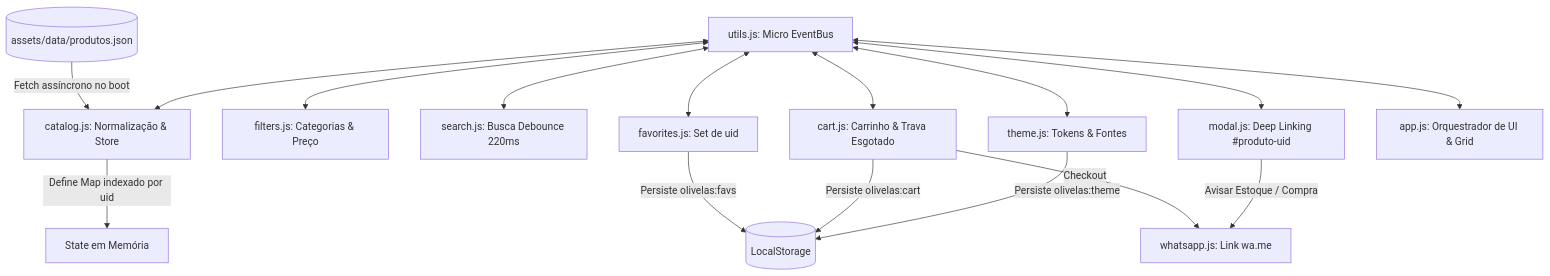
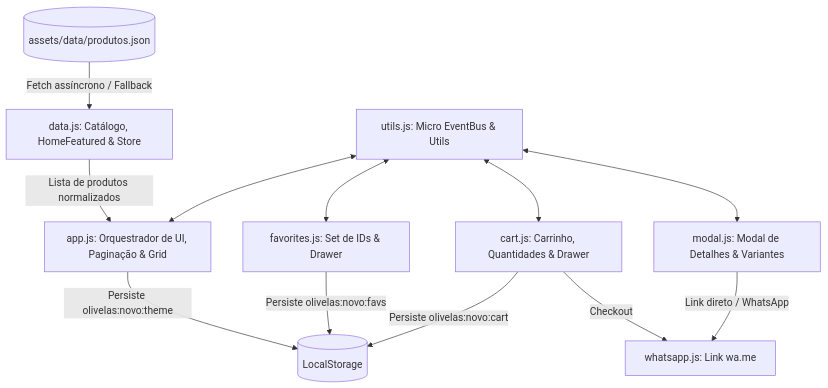
Before and after one commit to pycriador/site-olivelas: the diagram in AI_CONTEXT.md, drawn with Mermaid. The commit also changed other lines of this file and 4 other files, not shown here.

````diff
--- a/AI_CONTEXT.md
+++ b/AI_CONTEXT.md
@@ -50,22 +50,18 @@
 ```mermaid
 graph TD
-    JSON[(assets/data/produtos.json)] -->|Fetch assíncrono no boot| CAT[catalog.js: Normalização & Store]
+    JSON[(assets/data/produtos.json)] -->|Fetch assíncrono / Fallback| DATA[data.js: Catálogo, HomeFeatured & Store]
     
-    CAT -->|Define Map indexado por uid| STORE[State em Memória]
+    DATA -->|Lista de produtos normalizados| APP[app.js: Orquestrador de UI, Paginação & Grid]
     
-    BUS[utils.js: Micro EventBus] <--> CAT
-    BUS <--> FILTERS[filters.js: Categorias & Preço]
-    BUS <--> SEARCH[search.js: Busca Debounce 220ms]
-    BUS <--> FAV[favorites.js: Set de uid]
-    BUS <--> CART[cart.js: Carrinho & Trava Esgotado]
-    BUS <--> THEME[theme.js: Tokens & Fontes]
-    BUS <--> MODAL[modal.js: Deep Linking #produto-uid]
-    BUS <--> APP[app.js: Orquestrador de UI & Grid]
+    BUS[utils.js: Micro EventBus & Utils] <--> APP
+    BUS <--> FAV[favorites.js: Set de IDs & Drawer]
+    BUS <--> CART[cart.js: Carrinho, Quantidades & Drawer]
+    BUS <--> MODAL[modal.js: Modal de Detalhes & Variantes]
     
-    FAV -->|Persiste olivelas:favs| LS[(LocalStorage)]
-    CART -->|Persiste olivelas:cart| LS
-    THEME -->|Persiste olivelas:theme| LS
+    FAV -->|Persiste olivelas:novo:favs| LS[(LocalStorage)]
+    CART -->|Persiste olivelas:novo:cart| LS
+    APP -->|Persiste olivelas:novo:theme| LS
     
     CART -->|Checkout| WA[whatsapp.js: Link wa.me]
-    MODAL -->|Avisar Estoque / Compra| WA
+    MODAL -->|Link direto / WhatsApp| WA
 ```
````
